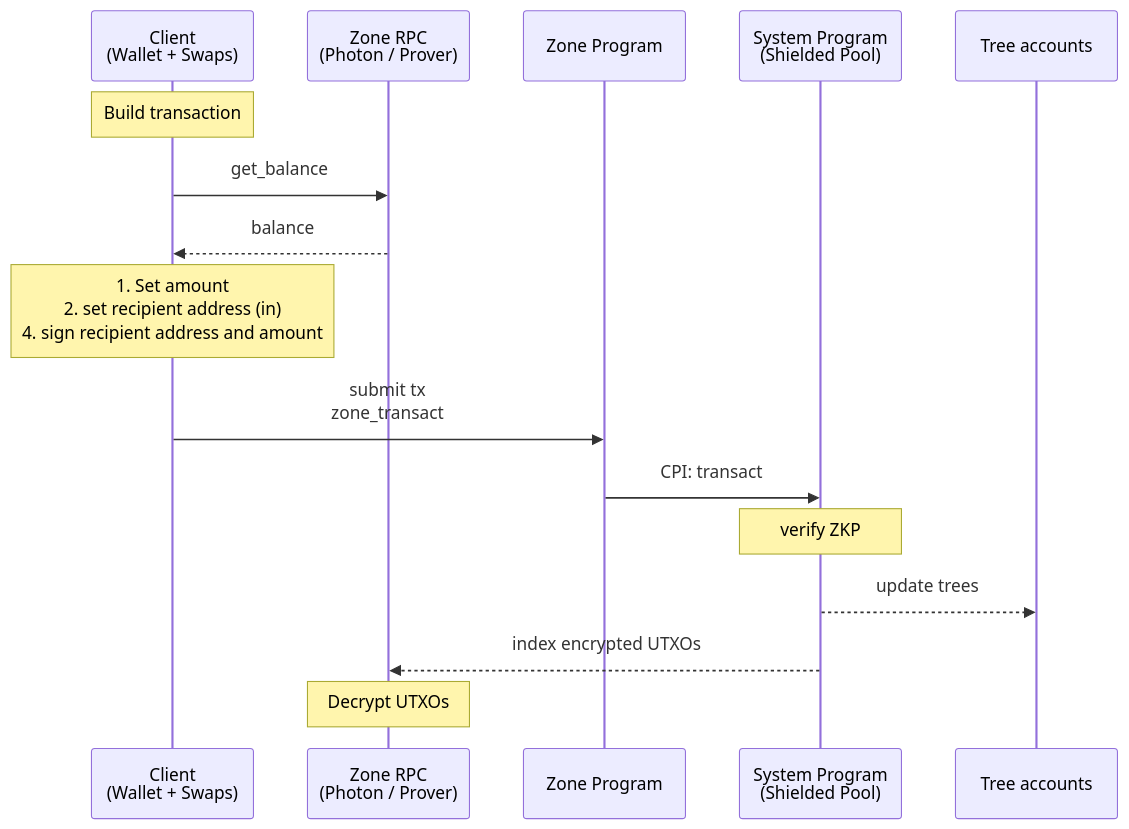
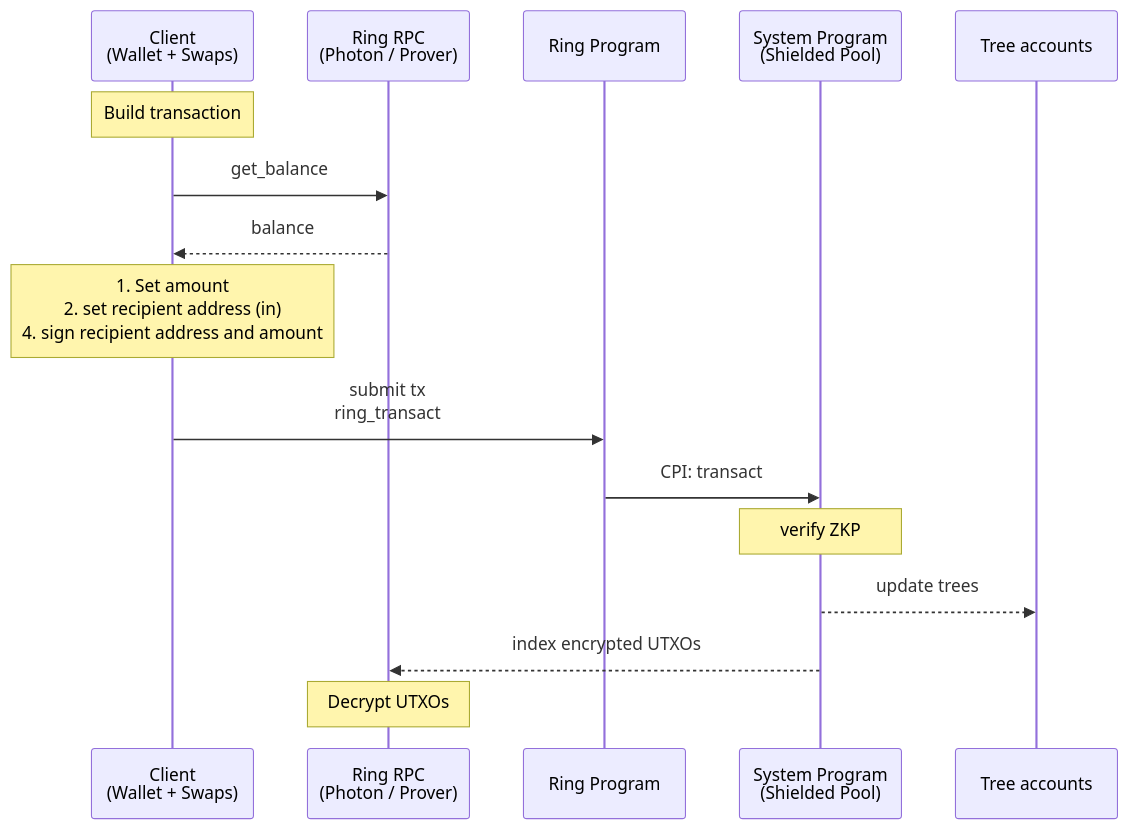
Before and after one commit to helius-labs/zolana: the second of 5 diagrams in docs/spec.md, drawn with Mermaid. The commit also changed other lines of this file and 359 other files, not shown here.

Commit message:
chore: rename zone to ring

````diff
--- a/docs/spec.md
+++ b/docs/spec.md
@@ -208,20 +208,20 @@
 ```mermaid
 sequenceDiagram
     participant Client as Client<br>(Wallet + Swaps)
-    participant ZoneRPC as Zone RPC<br>(Photon / Prover)
-    participant Zone as Zone Program
+    participant RingRPC as Ring RPC<br>(Photon / Prover)
+    participant Ring as Ring Program
     participant System as System Program<br>(Shielded Pool)
     participant Trees as Tree accounts
 
     Note over Client: Build transaction
-    Client->>ZoneRPC: get_balance
-    ZoneRPC-->>Client: balance
+    Client->>RingRPC: get_balance
+    RingRPC-->>Client: balance
     Note over Client: 1. Set amount <br> 2. set recipient address (in) <br> 4. sign recipient address and amount
-	  Client->>Zone: submit tx<br>zone_transact
-    Zone->>System: CPI: transact
+	  Client->>Ring: submit tx<br>ring_transact
+    Ring->>System: CPI: transact
 
     Note over System: verify ZKP
     System-->>Trees: update trees
-    System-->>ZoneRPC: index encrypted UTXOs
-    Note over ZoneRPC: Decrypt UTXOs
+    System-->>RingRPC: index encrypted UTXOs
+    Note over RingRPC: Decrypt UTXOs
 ```
````
